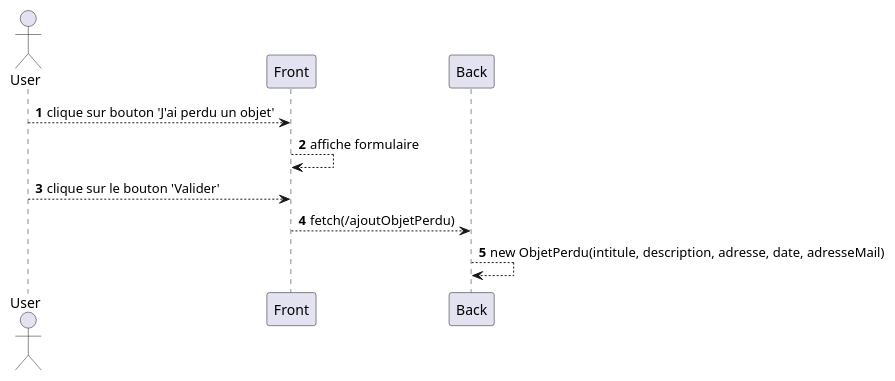
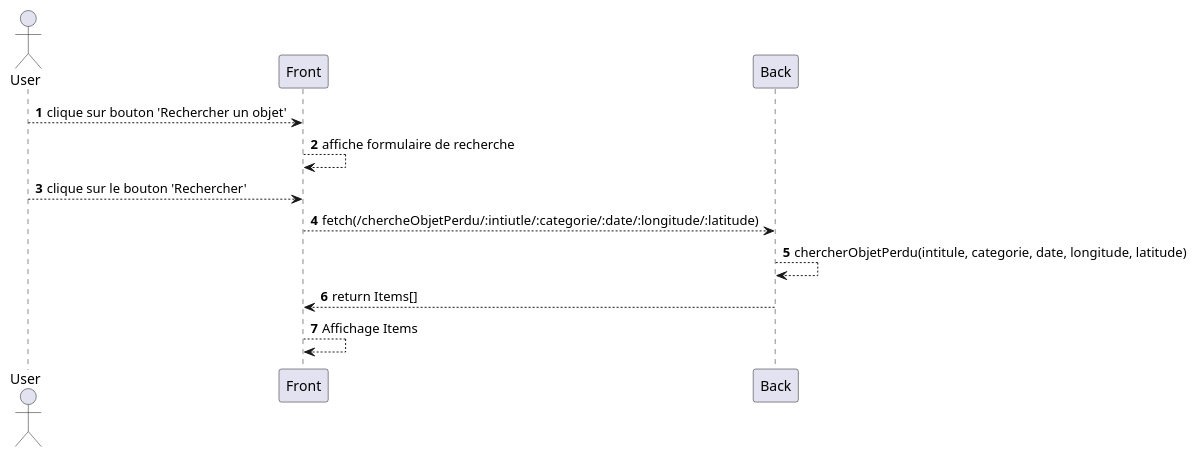
Before and after one commit to raphaelmeissonnier/Foundem_back_end: the diagram in cahier_des_specifications/diagrammes/séquences/diagramme_sequence.puml, drawn with PlantUML. The commit also changed 2 other files, not shown here.

Commit message:
Update Sequence Diagram in Cahier des Specs

```diff
--- a/cahier_des_specifications/diagrammes/séquences/diagramme_sequence.puml
+++ b/cahier_des_specifications/diagrammes/séquences/diagramme_sequence.puml
@@ -1,13 +1,15 @@
 @startuml
 'https://plantuml.com/sequence-diagram
 
 autonumber
 
 actor User
-User --> Front: clique sur bouton 'J'ai perdu un objet'
-Front --> Front: affiche formulaire
-User --> Front: clique sur le bouton 'Valider'
-Front --> Back: fetch(/ajoutObjetPerdu)
-Back --> Back: new ObjetPerdu(intitule, description, adresse, date, adresseMail)
+User --> Front: clique sur bouton 'Rechercher un objet'
+Front --> Front: affiche formulaire de recherche
+User --> Front: clique sur le bouton 'Rechercher'
+Front --> Back: fetch(/chercheObjetPerdu/:intiutle/:categorie/:date/:longitude/:latitude)
+Back --> Back: chercherObjetPerdu(intitule, categorie, date, longitude, latitude)
+Back --> Front: return Items[]
+Front --> Front: Affichage Items 
 
 @enduml
```
